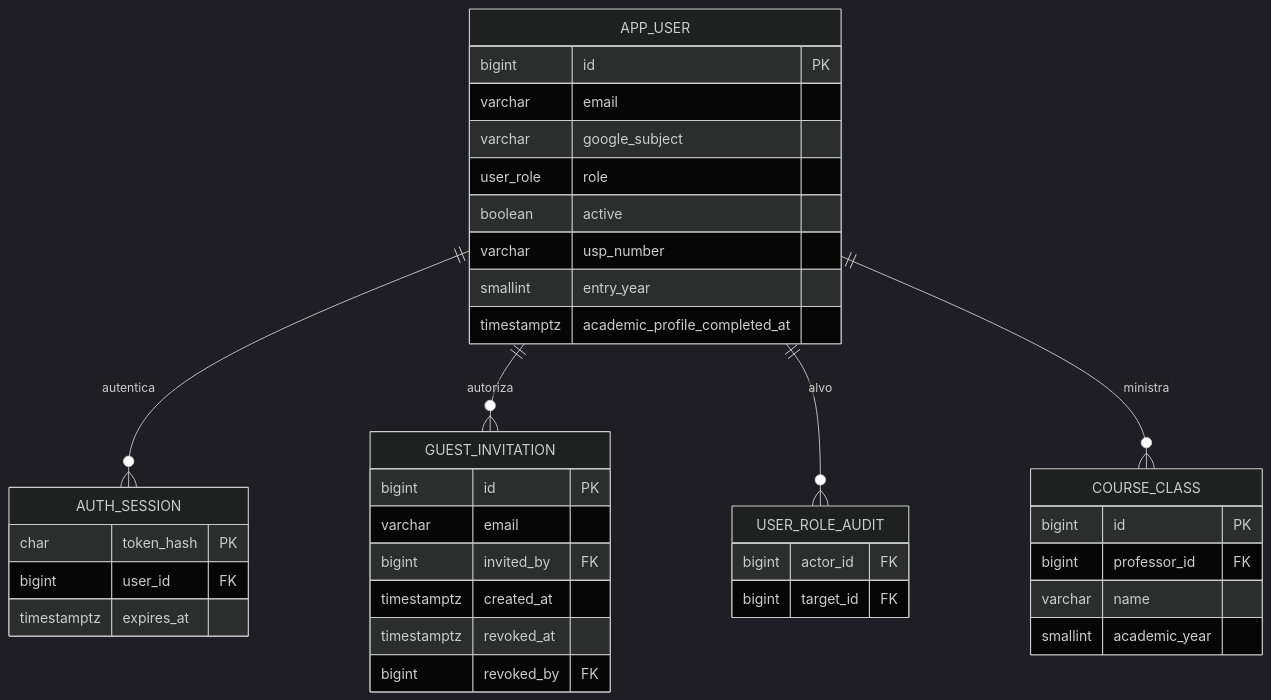
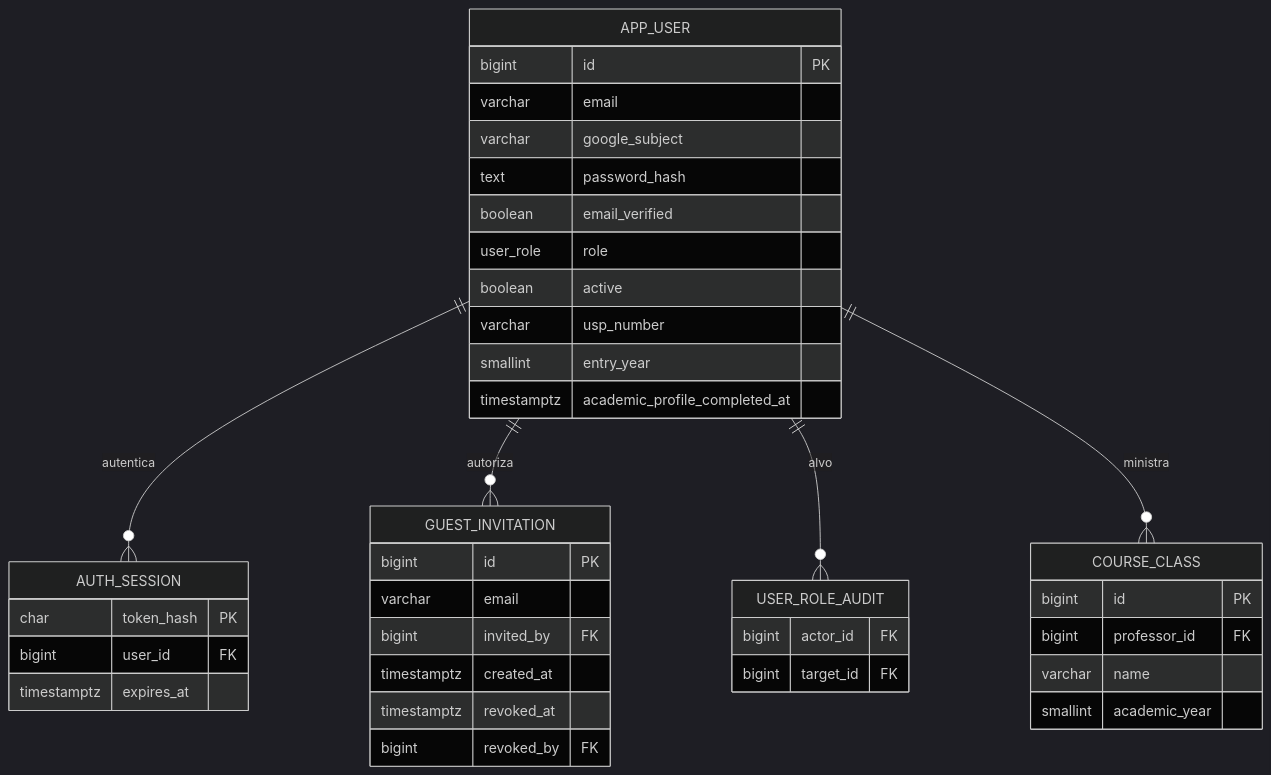
One commit to henriquemantovan/Labrary-Digital-PCS-3643 changed the first of 4 diagrams in docs/diagrama-er.md. Above: the diagram before and after it, drawn with Mermaid (dark theme). The commit also changed other lines of this file and 28 other files, not shown here.

````diff
--- a/docs/diagrama-er.md
+++ b/docs/diagrama-er.md
@@ -9,40 +9,42 @@
 ```mermaid
 erDiagram
     APP_USER ||--o{ AUTH_SESSION : autentica
     APP_USER ||--o{ GUEST_INVITATION : autoriza
     APP_USER ||--o{ USER_ROLE_AUDIT : alvo
     APP_USER ||--o{ COURSE_CLASS : ministra
     APP_USER {
         bigint id PK
         varchar email
         varchar google_subject
+        text password_hash
+        boolean email_verified
         user_role role
         boolean active
         varchar usp_number
         smallint entry_year
         timestamptz academic_profile_completed_at
     }
     GUEST_INVITATION {
         bigint id PK
         varchar email
         bigint invited_by FK
         timestamptz created_at
         timestamptz revoked_at
         bigint revoked_by FK
     }
     AUTH_SESSION {
         char token_hash PK
         bigint user_id FK
         timestamptz expires_at
     }
     USER_ROLE_AUDIT {
         bigint actor_id FK
         bigint target_id FK
     }
     COURSE_CLASS {
         bigint id PK
         bigint professor_id FK
         varchar name
         smallint academic_year
     }
 ```
````
